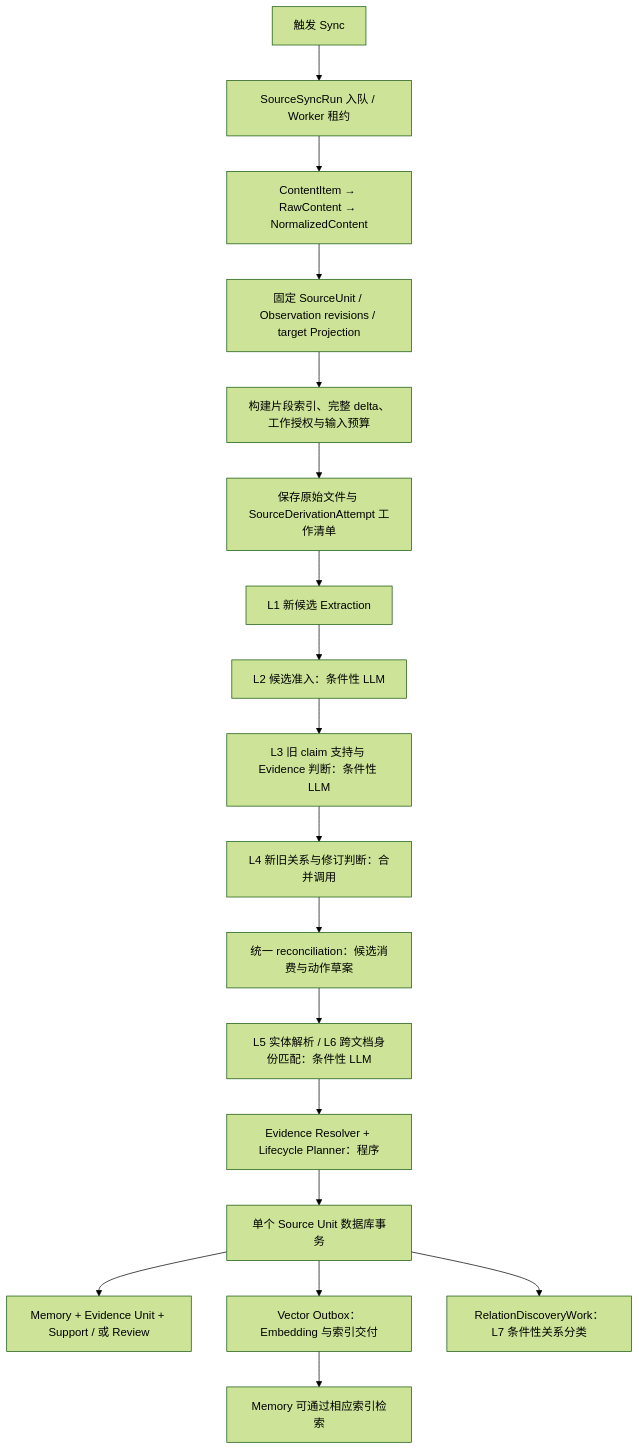
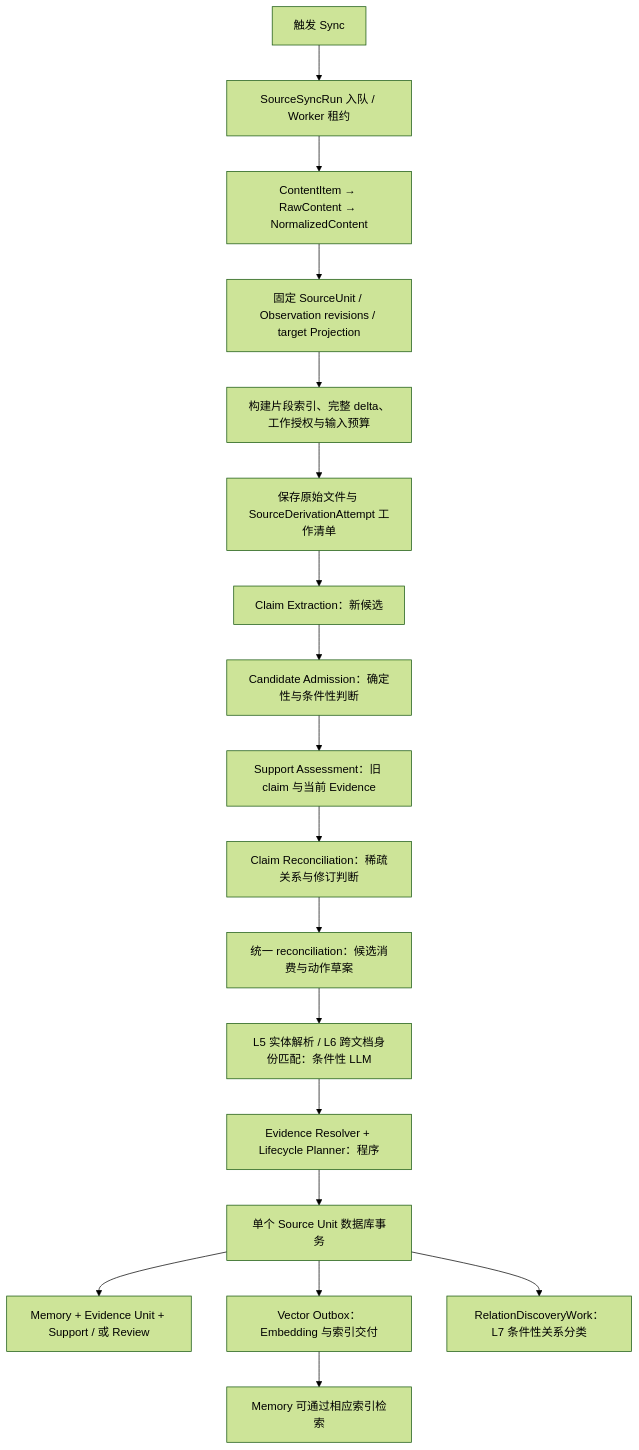
The second of 2 diagrams in docs/design/source-sync-to-memory.md (shno-labs/mem-forge), drawn with Mermaid (forest theme) before and after one commit. The commit also changed other lines of this file and 1 other file, not shown here.

````diff
--- a/docs/design/source-sync-to-memory.md
+++ b/docs/design/source-sync-to-memory.md
@@ -36,20 +200,20 @@
 ```mermaid
 flowchart TD
     A[触发 Sync] --> B[SourceSyncRun 入队 / Worker 租约]
     B --> C[ContentItem → RawContent → NormalizedContent]
     C --> D[固定 SourceUnit / Observation revisions / target Projection]
     D --> F[构建片段索引、完整 delta、工作授权与输入预算]
     F --> E[保存原始文件与 SourceDerivationAttempt 工作清单]
-    E --> G[L1 新候选 Extraction]
-    G --> H[L2 候选准入：条件性 LLM]
-    H --> I[L3 旧 claim 支持与 Evidence 判断：条件性 LLM]
-    I --> J[L4 新旧关系与修订判断：合并调用]
+    E --> G[Claim Extraction：新候选]
+    G --> H[Candidate Admission：确定性与条件性判断]
+    H --> I[Support Assessment：旧 claim 与当前 Evidence]
+    I --> J[Claim Reconciliation：稀疏关系与修订判断]
     J --> K[统一 reconciliation：候选消费与动作草案]
     K --> L[L5 实体解析 / L6 跨文档身份匹配：条件性 LLM]
     L --> M[Evidence Resolver + Lifecycle Planner：程序]
     M --> N[单个 Source Unit 数据库事务]
     N --> O[Memory + Evidence Unit + Support / 或 Review]
     N --> P[Vector Outbox：Embedding 与索引交付]
     N --> Q[RelationDiscoveryWork：L7 条件性关系分类]
     P --> R[Memory 可通过相应索引检索]
 ```
````
